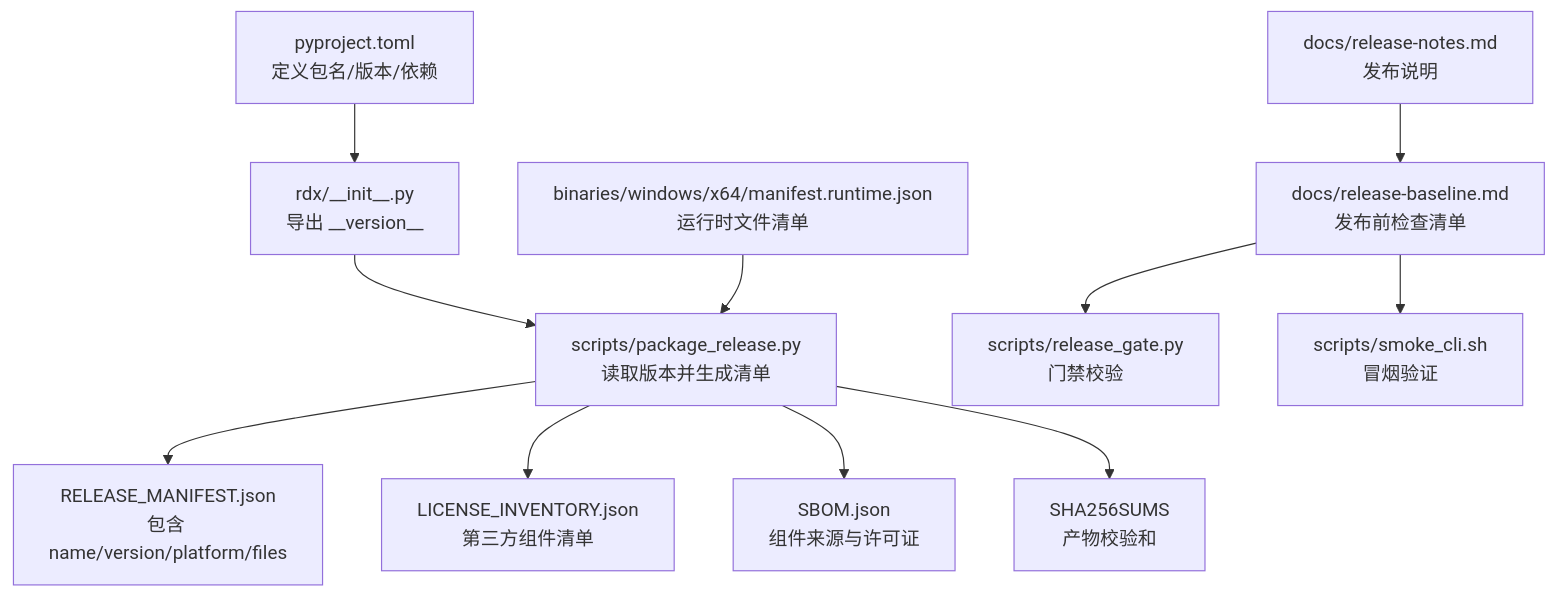
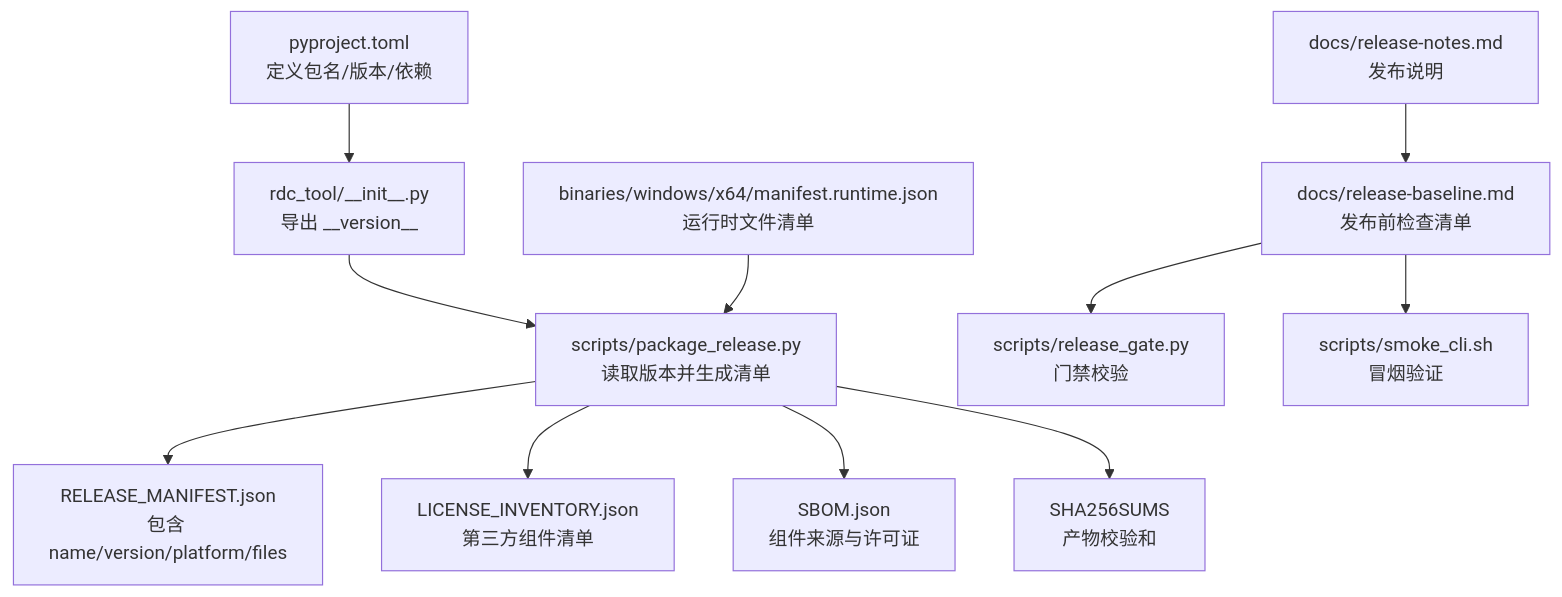
The first of 5 diagrams in .qoder/repowiki/zh/content/部署和发布/版本管理.md (haolange/RDC-Tool), drawn with Mermaid before and after one commit. The commit also changed other lines of this file and 388 other files, not shown here.

First line of the commit message:
Release RDC-Tool identity and public maintenance surface

````diff
--- a/.qoder/repowiki/zh/content/部署和发布/版本管理.md
+++ b/.qoder/repowiki/zh/content/部署和发布/版本管理.md
@@ -43,13 +43,13 @@
 ```mermaid
 graph TB
-A["pyproject.toml<br/>定义包名/版本/依赖"] --> B["rdx/__init__.py<br/>导出 __version__"]
+A["pyproject.toml<br/>定义包名/版本/依赖"] --> B["rdc_tool/__init__.py<br/>导出 __version__"]
 B --> C["scripts/package_release.py<br/>读取版本并生成清单"]
 C --> D["RELEASE_MANIFEST.json<br/>包含 name/version/platform/files"]
 C --> E["LICENSE_INVENTORY.json<br/>第三方组件清单"]
 C --> F["SBOM.json<br/>组件来源与许可证"]
 C --> G["SHA256SUMS<br/>产物校验和"]
 H["binaries/windows/x64/manifest.runtime.json<br/>运行时文件清单"] --> C
 I["docs/release-notes.md<br/>发布说明"] --> J["docs/release-baseline.md<br/>发布前检查清单"]
 J --> K["scripts/release_gate.py<br/>门禁校验"]
 J --> L["scripts/smoke_cli.sh<br/>冒烟验证"]
 ```
````
